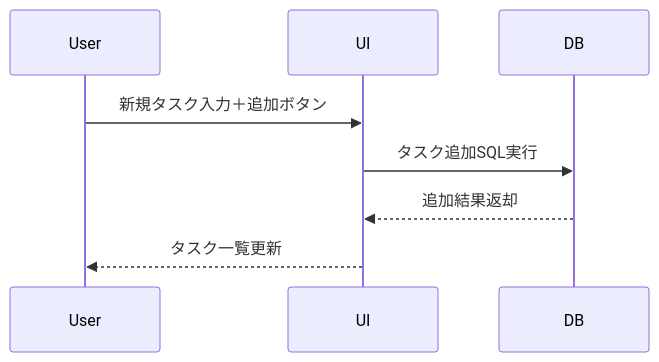
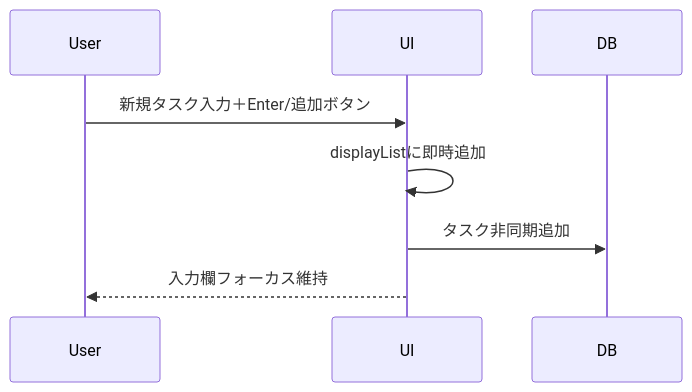
Before and after one commit to to-goseki-katatan/todo: the diagram in doc/design.md, drawn with Mermaid. The commit also changed other lines of this file and 1 other file, not shown here.

````diff
--- a/doc/design.md
+++ b/doc/design.md
@@ -26,10 +35,10 @@
 ```mermaid
 sequenceDiagram
     participant User
     participant UI
     participant DB
-    User->>UI: 新規タスク入力＋追加ボタン
-    UI->>DB: タスク追加SQL実行
-    DB-->>UI: 追加結果返却
-    UI-->>User: タスク一覧更新
+    User->>UI: 新規タスク入力＋Enter/追加ボタン
+    UI->>UI: displayListに即時追加
+    UI->>DB: タスク非同期追加
+    UI-->>User: 入力欄フォーカス維持
 ```
````
